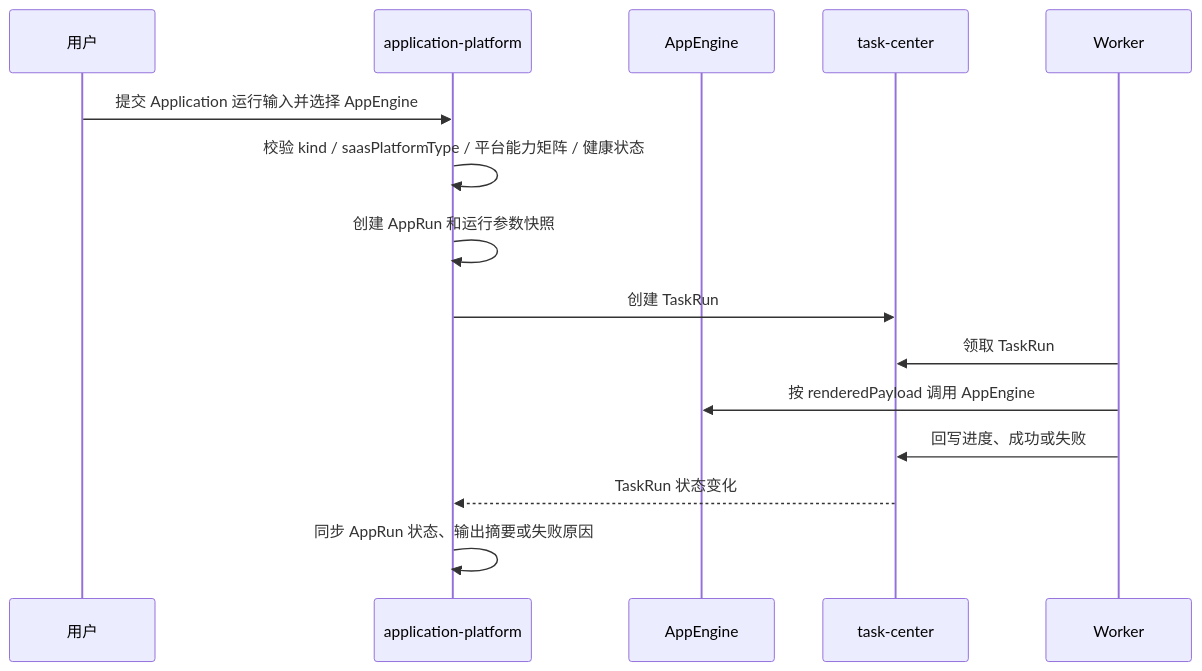
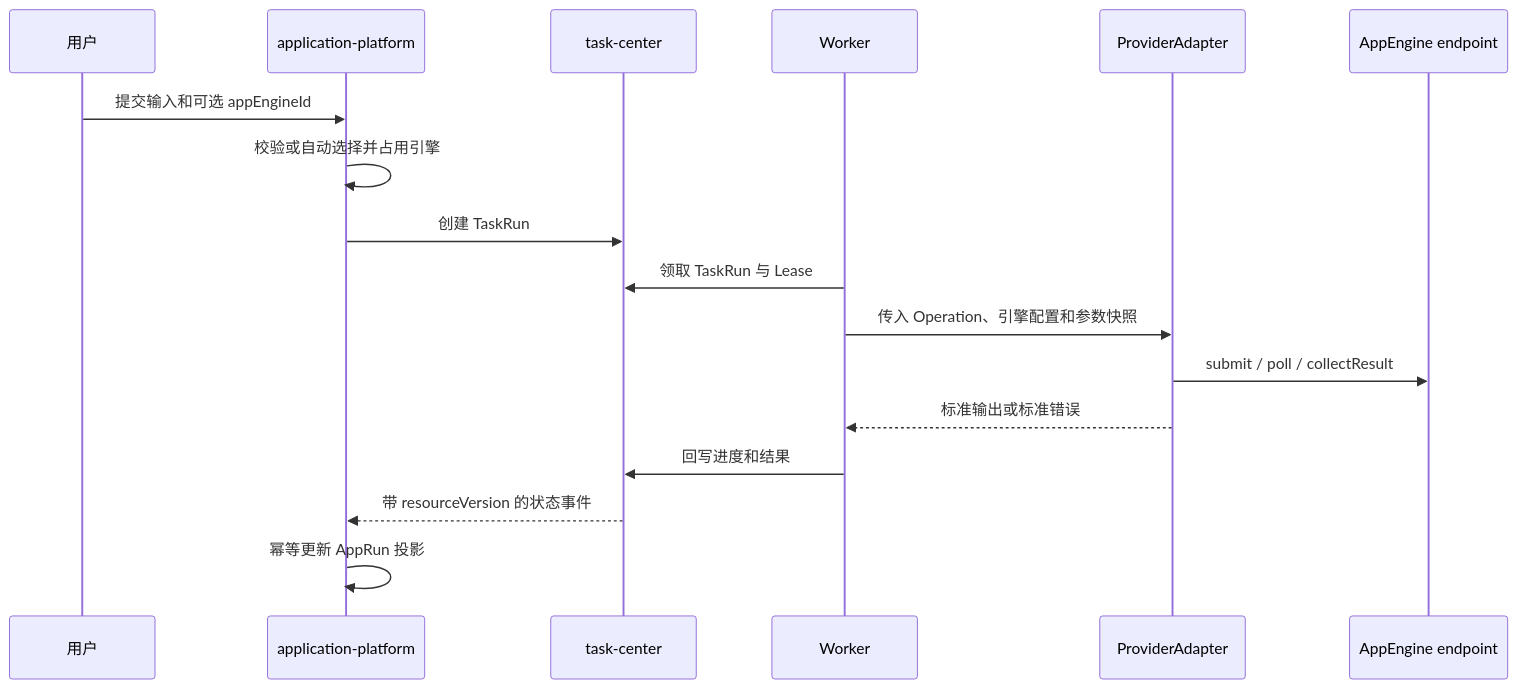
One commit to wangweihong/omnimam-spec changed the second of 2 diagrams in 00_product/domains/application-platform/product-spec.md. Above: the diagram before and after it, drawn with Mermaid. The commit also changed other lines of this file and 2 other files, not shown here.

````diff
--- a/00_product/domains/application-platform/product-spec.md
+++ b/00_product/domains/application-platform/product-spec.md
@@ -508,18 +432,20 @@
 ```mermaid
 sequenceDiagram
   participant User as 用户
   participant App as application-platform
-  participant Engine as AppEngine
   participant Task as task-center
   participant Worker as Worker
+  participant Adapter as ProviderAdapter
+  participant Engine as AppEngine endpoint
 
-  User->>App: 提交 Application 运行输入并选择 AppEngine
-  App->>App: 校验 kind / saasPlatformType / 平台能力矩阵 / 健康状态
-  App->>App: 创建 AppRun 和运行参数快照
+  User->>App: 提交输入和可选 appEngineId
+  App->>App: 校验或自动选择并占用引擎
   App->>Task: 创建 TaskRun
-  Worker->>Task: 领取 TaskRun
-  Worker->>Engine: 按 renderedPayload 调用 AppEngine
-  Worker->>Task: 回写进度、成功或失败
-  Task-->>App: TaskRun 状态变化
-  App->>App: 同步 AppRun 状态、输出摘要或失败原因
+  Worker->>Task: 领取 TaskRun 与 Lease
+  Worker->>Adapter: 传入 Operation、引擎配置和参数快照
+  Adapter->>Engine: submit / poll / collectResult
+  Adapter-->>Worker: 标准输出或标准错误
+  Worker->>Task: 回写进度和结果
+  Task-->>App: 带 resourceVersion 的状态事件
+  App->>App: 幂等更新 AppRun 投影
 ```
````
